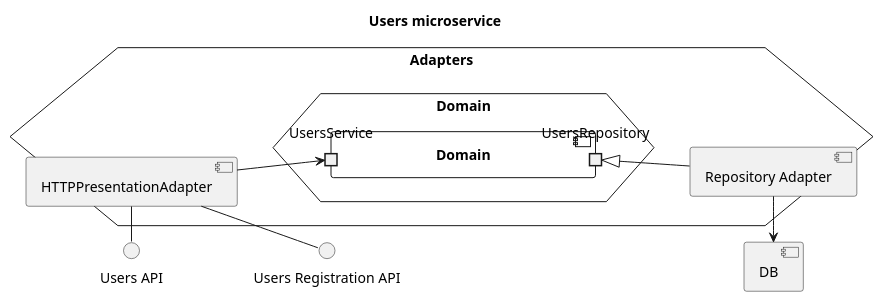
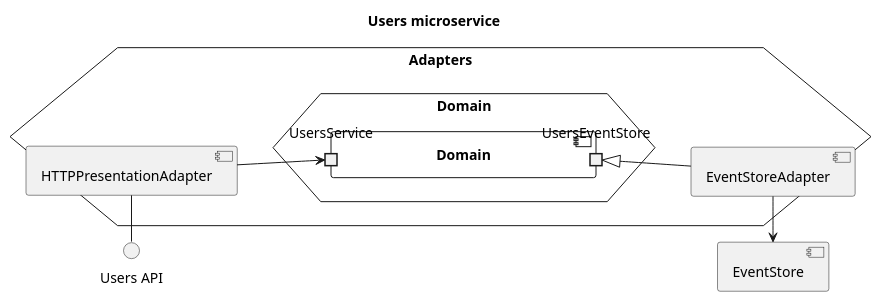
One commit to Ventus218/SAP-assignment-03 changed the diagram in doc/diagrams/src/users-components.puml. Above: the diagram before and after it, drawn with PlantUML. The commit also changed 2 other files, not shown here.

```diff
--- a/doc/diagrams/src/users-components.puml
+++ b/doc/diagrams/src/users-components.puml
@@ -1,31 +1,27 @@
 @startuml users-components
 
 title "Users microservice"
 
 left to right direction
 
-component "DB"
+component "EventStore"
 interface "Users API" as UsersAPI
-interface "Users Registration API" as UsersRegistrationAPI
 
 hexagon Adapters {
     hexagon Domain as DomainHex {
         component Domain {
-            portout "UsersRepository" as Repo
+            portout UsersEventStore
             portin UsersService
         }
     }
 
-    component "Repository Adapter" as RepoAdapter
-    RepoAdapter -u-|> Repo
-    RepoAdapter -l-> DB
+    component "EventStoreAdapter" as EventStoreAdapter
+    EventStoreAdapter -u-|> UsersEventStore
+    EventStoreAdapter -l-> EventStore
 
     component "HTTPPresentationAdapter" as HTTPAdapter
     HTTPAdapter -d-> UsersService
-    HTTPAdapter -() UsersAPI
-    HTTPAdapter -() UsersRegistrationAPI
-    ' just for layout
-    UsersAPI -[hidden]-> UsersRegistrationAPI
+    HTTPAdapter -l-() UsersAPI
 }
 
 @enduml
```
